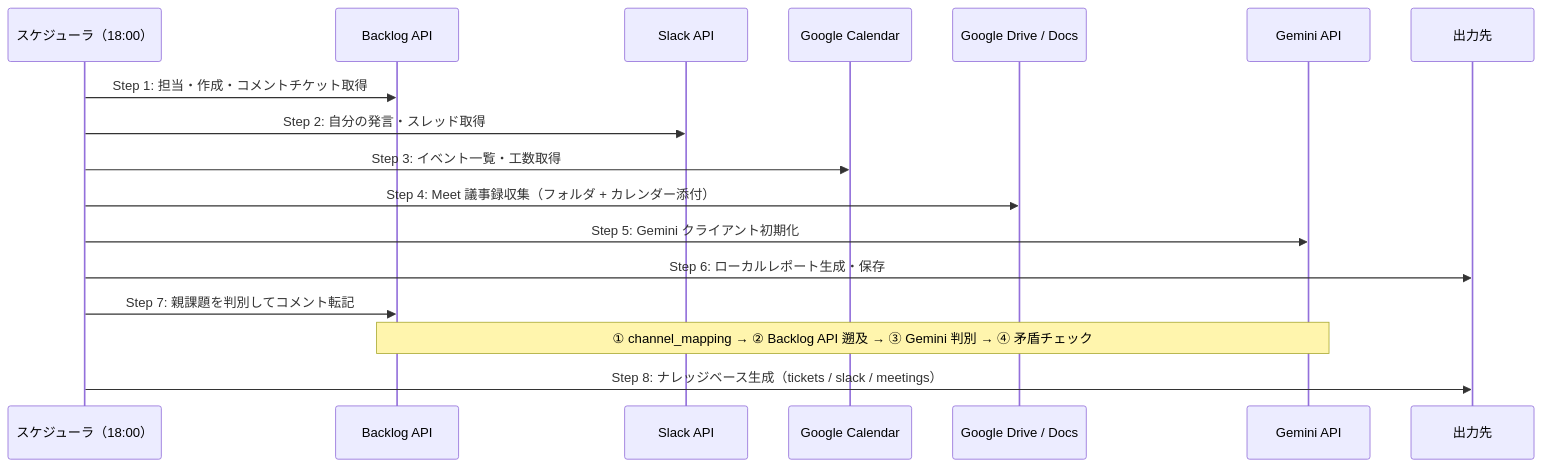
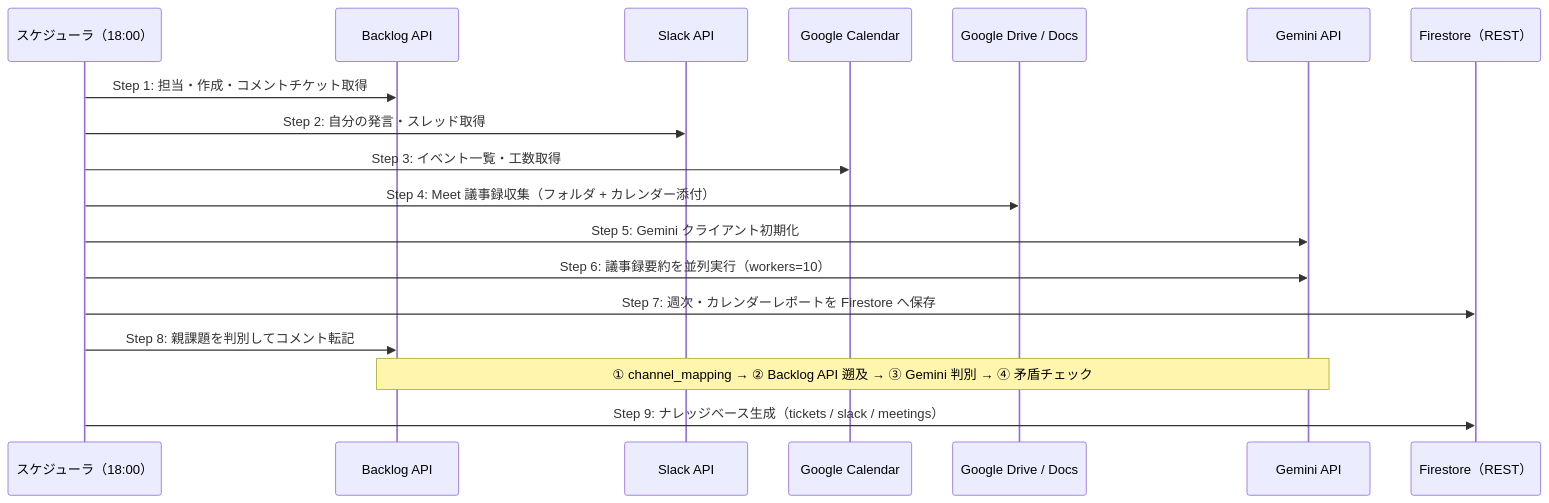
One commit to andst-kimura/Weekly-Relay changed the diagram in README.md. Above: the diagram before and after it, drawn with Mermaid. The commit also changed other lines of this file, not shown here.

````diff
--- a/README.md
+++ b/README.md
@@ -46,20 +49,21 @@
 ```mermaid
 sequenceDiagram
     participant SCH as スケジューラ（18:00）
     participant BL as Backlog API
     participant SL as Slack API
     participant CAL as Google Calendar
     participant DRIVE as Google Drive / Docs
     participant GEM as Gemini API
-    participant OUT as 出力先
+    participant FS as Firestore（REST）
 
     SCH->>BL: Step 1: 担当・作成・コメントチケット取得
     SCH->>SL: Step 2: 自分の発言・スレッド取得
     SCH->>CAL: Step 3: イベント一覧・工数取得
     SCH->>DRIVE: Step 4: Meet 議事録収集（フォルダ + カレンダー添付）
     SCH->>GEM: Step 5: Gemini クライアント初期化
-    SCH->>OUT: Step 6: ローカルレポート生成・保存
-    SCH->>BL: Step 7: 親課題を判別してコメント転記
+    SCH->>GEM: Step 6: 議事録要約を並列実行（workers=10）
+    SCH->>FS: Step 7: 週次・カレンダーレポートを Firestore へ保存
+    SCH->>BL: Step 8: 親課題を判別してコメント転記
     Note over BL,GEM: ① channel_mapping → ② Backlog API 遡及 → ③ Gemini 判別 → ④ 矛盾チェック
-    SCH->>OUT: Step 8: ナレッジベース生成（tickets / slack / meetings）
+    SCH->>FS: Step 9: ナレッジベース生成（tickets / slack / meetings）
 ```
````
